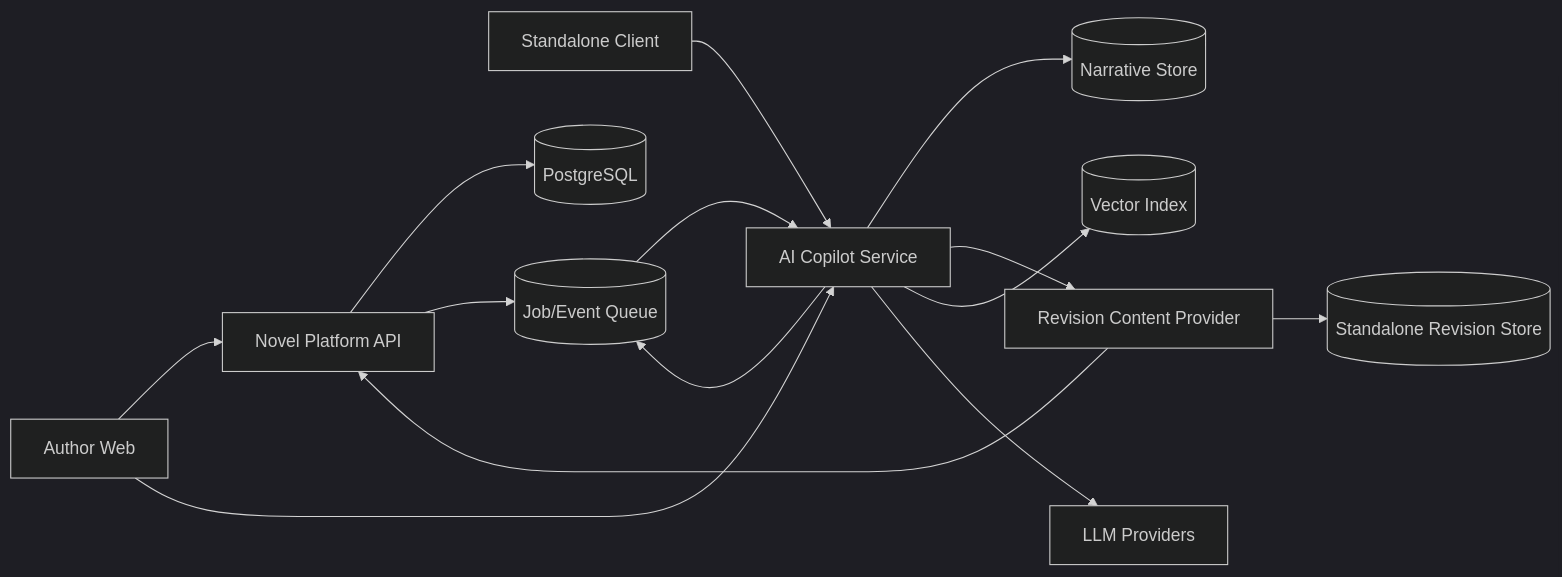
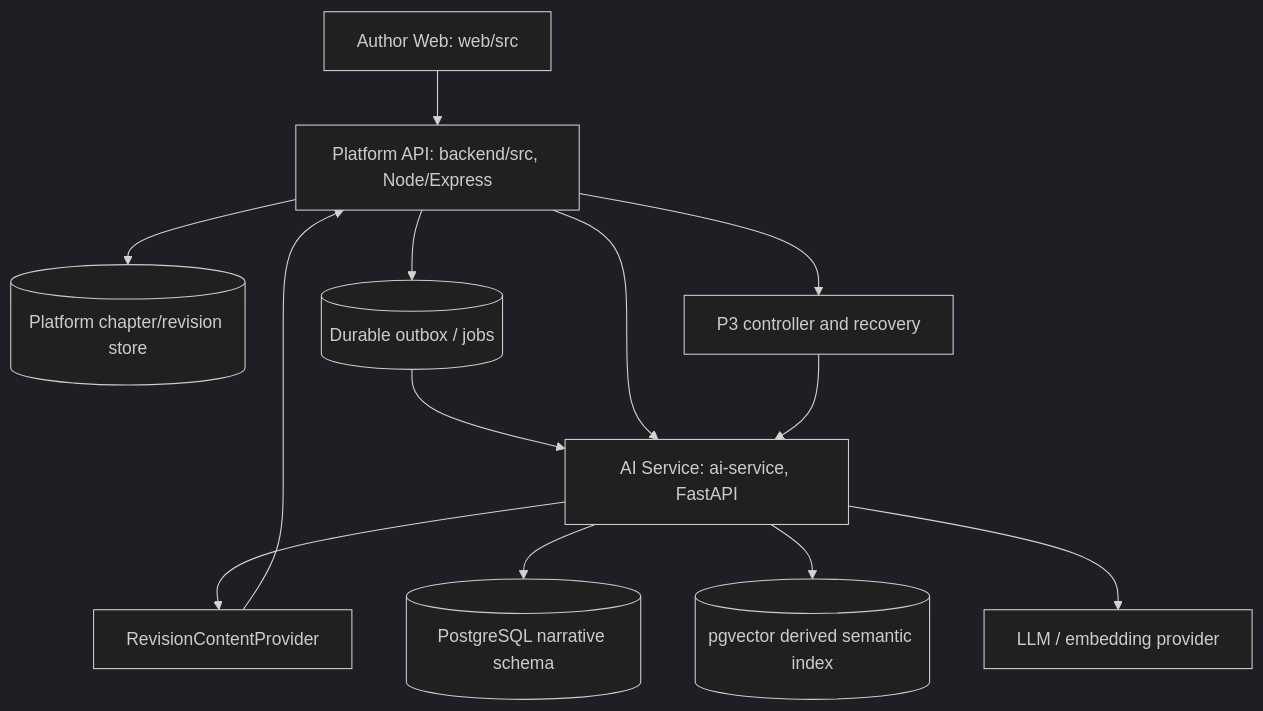
One commit to Ephurin/Novel_sharing_platform changed the first of 2 diagrams in ai-service/docs/ARCHITECTURE.md. Above: the diagram before and after it, drawn with Mermaid (dark theme). The commit also changed other lines of this file, not shown here.

Commit message:
docs(architecture): replace obsolete present tense prototype with current Platform/Narrative architecture

````diff
--- a/ai-service/docs/ARCHITECTURE.md
+++ b/ai-service/docs/ARCHITECTURE.md
@@ -94,16 +11,15 @@
 ```mermaid
-flowchart LR
-    Web[Author Web] --> Platform[Novel Platform API]
-    Standalone[Standalone Client] --> AI
-    Platform --> SQL[(PostgreSQL)]
-    Platform --> Queue[(Job/Event Queue)]
-    Queue --> AI[AI Copilot Service]
-    Web --> AI
-    AI --> NarrativeDB[(Narrative Store)]
-    AI --> ContentProvider[Revision Content Provider]
-    ContentProvider --> Platform
-    ContentProvider --> LocalStore[(Standalone Revision Store)]
-    AI --> Vector[(Vector Index)]
-    AI --> Provider[LLM Providers]
-    AI --> Queue
+flowchart TB
+    U[Author Web: web/src] --> B[Platform API: backend/src, Node/Express]
+    B --> R[(Platform chapter/revision store)]
+    B --> O[(Durable outbox / jobs)]
+    O --> AI[AI Service: ai-service, FastAPI]
+    B --> AI
+    AI --> CP[RevisionContentProvider]
+    CP --> B
+    AI --> P[(PostgreSQL narrative schema)]
+    AI --> V[(pgvector derived semantic index)]
+    AI --> L[LLM / embedding provider]
+    B --> C[P3 controller and recovery]
+    C --> AI
 ```
````
